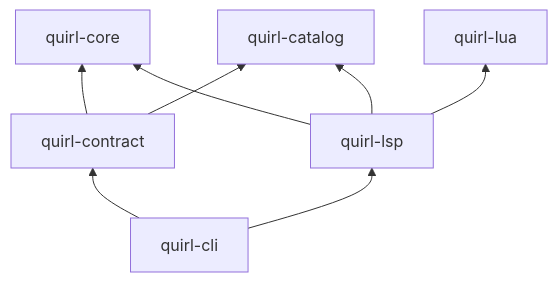
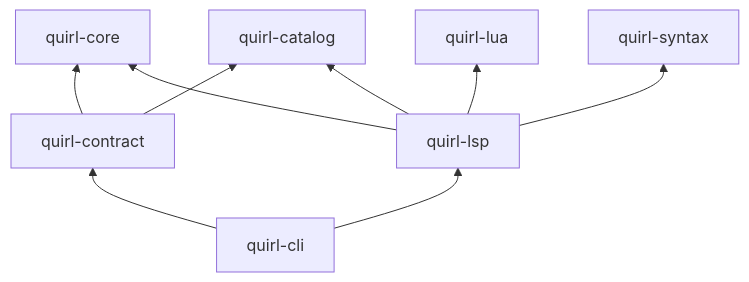
One commit to niklas-heer/quirl changed the diagram in docs/decisions/0004-phase-2-contract-and-language-service-layers.md. Above: the diagram before and after it, drawn with Mermaid. The commit also changed other lines of this file and 11 other files, not shown here.

````diff
--- a/docs/decisions/0004-phase-2-contract-and-language-service-layers.md
+++ b/docs/decisions/0004-phase-2-contract-and-language-service-layers.md
@@ -27,10 +27,11 @@
 ```mermaid
 graph BT
     contract["quirl-contract"] --> core["quirl-core"]
     contract --> catalog["quirl-catalog"]
     lsp["quirl-lsp"] --> core
     lsp --> catalog
     lsp --> lua["quirl-lua"]
+    lsp --> syntax["quirl-syntax"]
     cli["quirl-cli"] --> contract
     cli --> lsp
 ```
````
